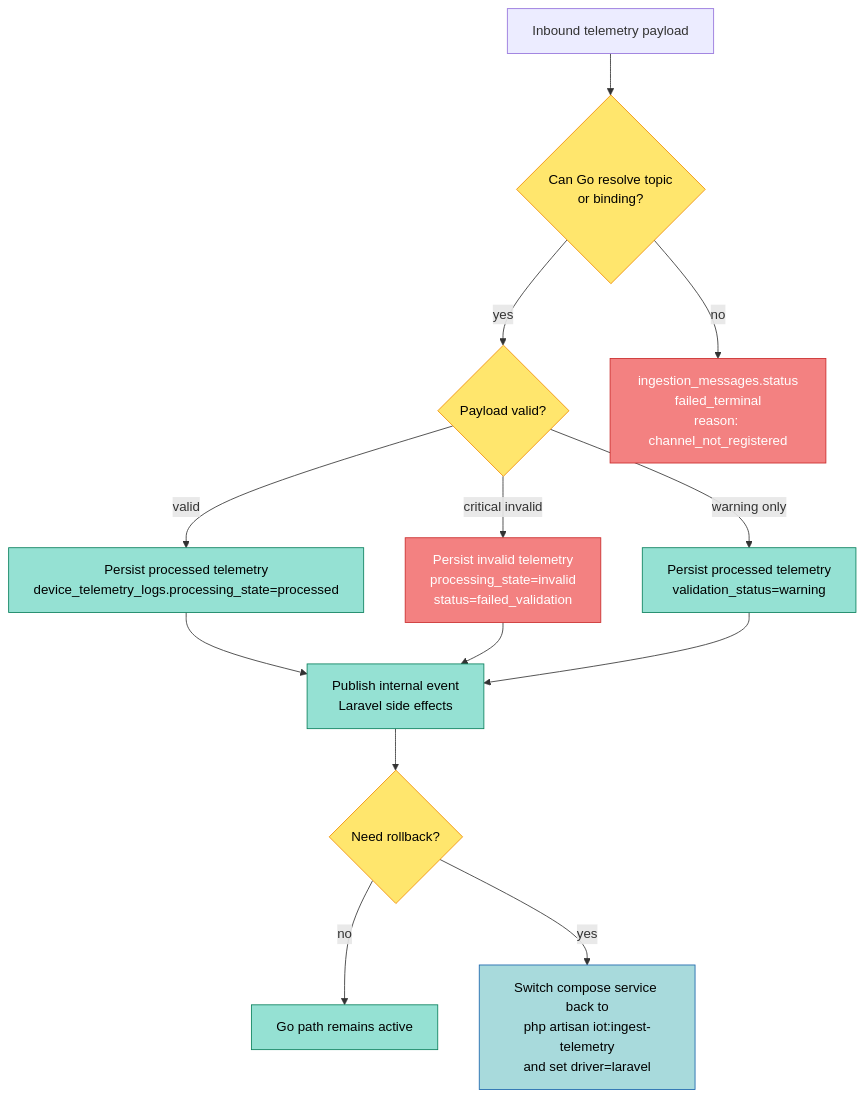
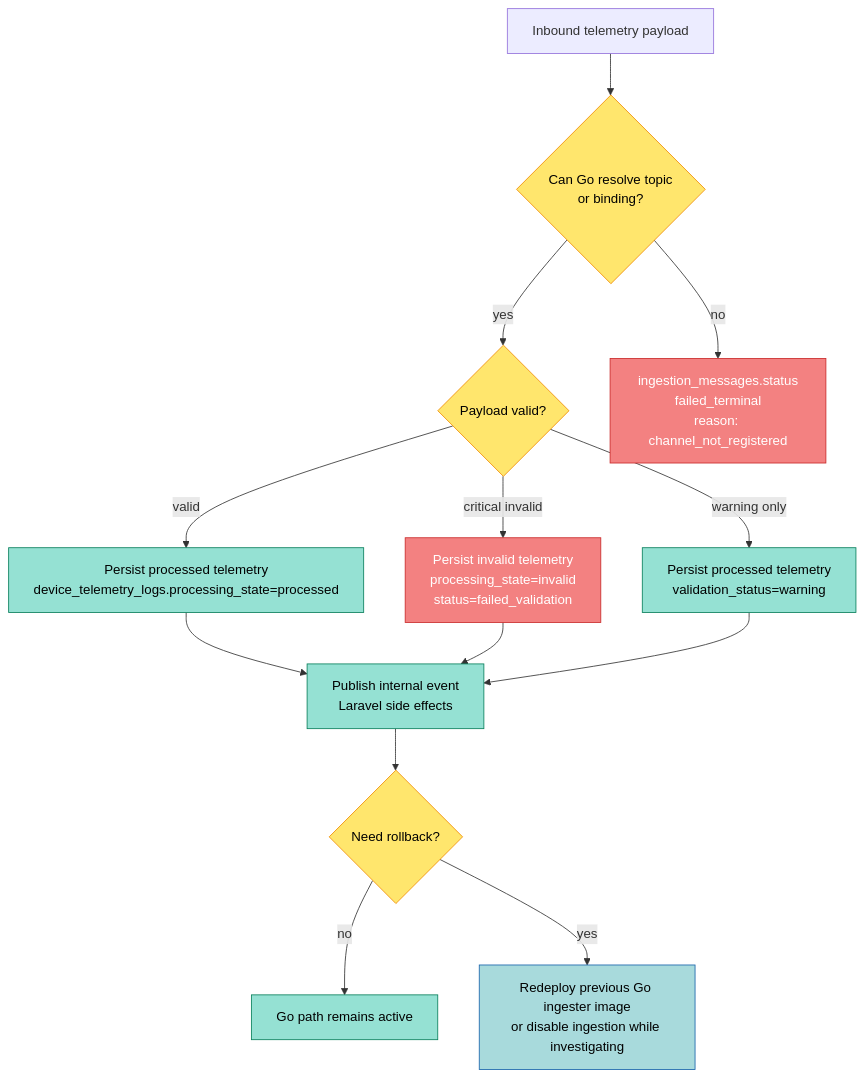
The sixth of 6 diagrams in docs/data-ingestion/02-architecture.md (Althinect/iot-portal), drawn with Mermaid before and after one commit. The commit also changed other lines of this file and 22 other files, not shown here.

````diff
--- a/docs/data-ingestion/02-architecture.md
+++ b/docs/data-ingestion/02-architecture.md
@@ -232,28 +232,28 @@
 ```mermaid
 flowchart TD
     Payload["Inbound telemetry payload"] --> Resolve{"Can Go resolve topic<br/>or binding?"}
     Resolve -->|"yes"| Validate{"Payload valid?"}
     Resolve -->|"no"| FailedTerminal["ingestion_messages.status<br/>failed_terminal<br/>reason: channel_not_registered"]
 
     Validate -->|"valid"| Persist["Persist processed telemetry<br/>device_telemetry_logs.processing_state=processed"]
     Validate -->|"critical invalid"| Invalid["Persist invalid telemetry<br/>processing_state=invalid<br/>status=failed_validation"]
     Validate -->|"warning only"| Warning["Persist processed telemetry<br/>validation_status=warning"]
 
     Persist --> Events["Publish internal event<br/>Laravel side effects"]
     Invalid --> Events
     Warning --> Events
 
     Events --> Rollback{"Need rollback?"}
     Rollback -->|"no"| Done["Go path remains active"]
-    Rollback -->|"yes"| PHP["Switch compose service back to<br/>php artisan iot:ingest-telemetry<br/>and set driver=laravel"]
+Rollback -->|"yes"| GoRollback["Redeploy previous Go ingester image<br/>or disable ingestion while investigating"]
 
     classDef decision fill:#FFE66D,stroke:#F08C00,color:#000
     classDef success fill:#95E1D3,stroke:#087F5B,color:#000
     classDef failure fill:#F38181,stroke:#C92A2A,color:#fff
     classDef rollback fill:#A8DADC,stroke:#1864AB,color:#000
 
     class Resolve,Validate,Rollback decision
     class Persist,Warning,Events,Done success
     class FailedTerminal,Invalid failure
-    class PHP rollback
+class GoRollback rollback
 ```
````
